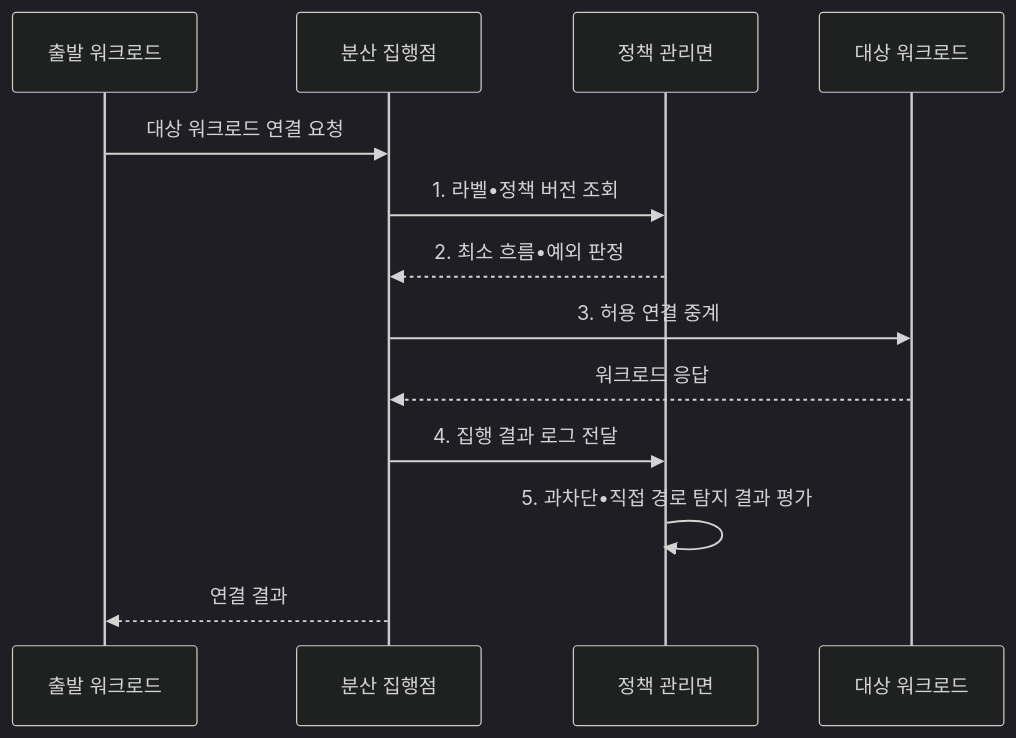
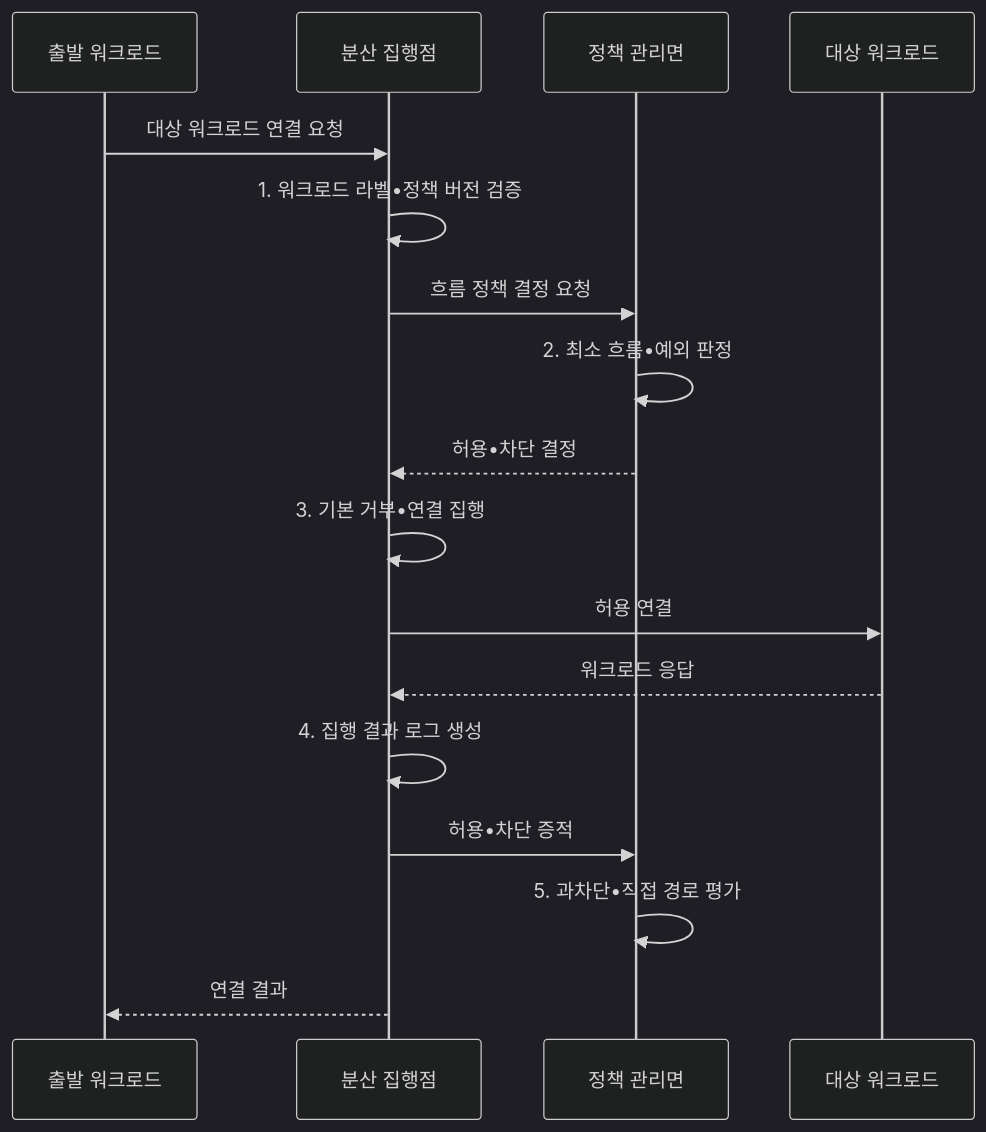
Before and after one commit to agnusdei1207/knowledge-base: the second of 2 diagrams in src/content/docs/notes/05-security/065_micro_segmentation.md, drawn with Mermaid (dark theme). The commit also changed other lines of this file and 20 other files, not shown here.

````diff
--- a/src/content/docs/notes/05-security/065_micro_segmentation.md
+++ b/src/content/docs/notes/05-security/065_micro_segmentation.md
@@ -102,15 +102,19 @@
 ```mermaid
 sequenceDiagram
     participant S as 출발 워크로드
     participant E as 분산 집행점
     participant P as 정책 관리면
     participant D as 대상 워크로드
     S->>E: 대상 워크로드 연결 요청
-    E->>P: 1. 라벨•정책 버전 조회
-    P-->>E: 2. 최소 흐름•예외 판정
-    E->>D: 3. 허용 연결 중계
+    E->>E: 1. 워크로드 라벨•정책 버전 검증
+    E->>P: 흐름 정책 결정 요청
+    P->>P: 2. 최소 흐름•예외 판정
+    P-->>E: 허용•차단 결정
+    E->>E: 3. 기본 거부•연결 집행
+    E->>D: 허용 연결
     D-->>E: 워크로드 응답
-    E->>P: 4. 집행 결과 로그 전달
-    P->>P: 5. 과차단•직접 경로 탐지 결과 평가
+    E->>E: 4. 집행 결과 로그 생성
+    E->>P: 허용•차단 증적
+    P->>P: 5. 과차단•직접 경로 평가
     E-->>S: 연결 결과
 ```
````
